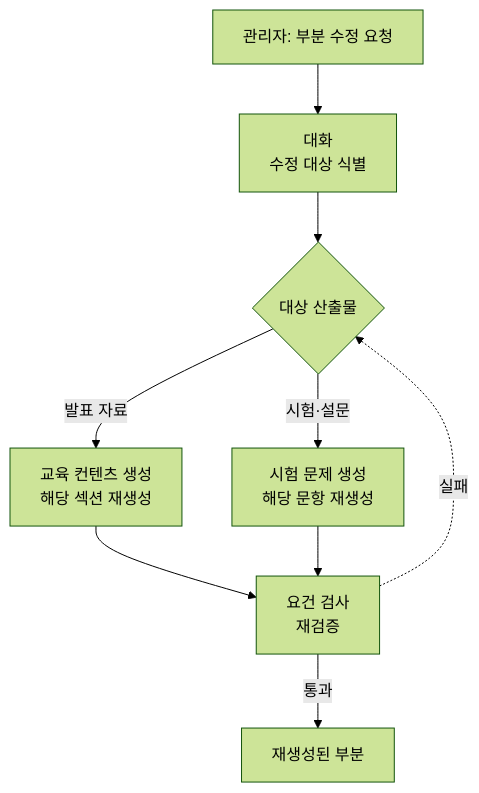
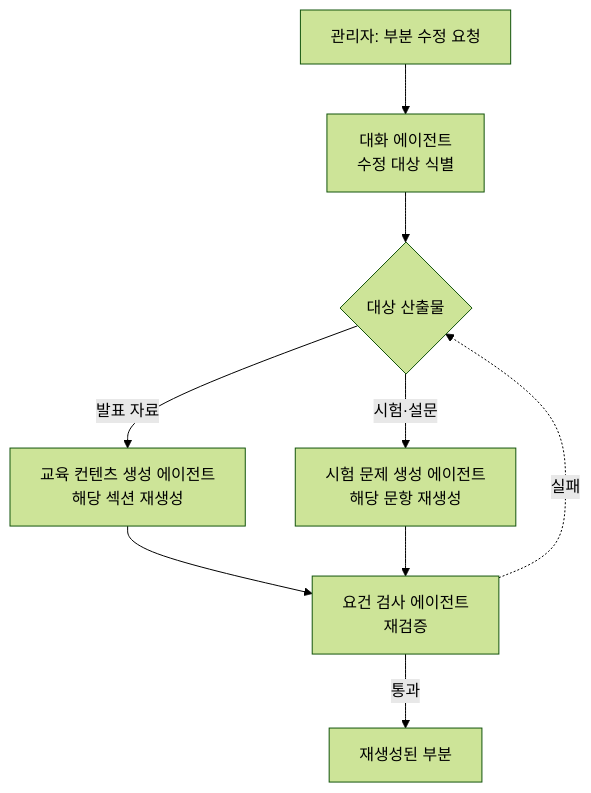
Before and after one commit to Doc-AI-Agent-development/Doc-AI-Agent-development.github.io: the diagram in docs/scenarios/revision.md, drawn with Mermaid (forest theme). The commit also changed 4 other files, not shown here.

First line of the commit message:
Clarify annual plan diagram and name agents in scenario flows

````diff
--- a/docs/scenarios/revision.md
+++ b/docs/scenarios/revision.md
@@ -26,11 +26,11 @@
 ```mermaid
 flowchart TD
-    REQ["관리자: 부분 수정 요청"] --> ID["대화<br/>수정 대상 식별"]
+    REQ["관리자: 부분 수정 요청"] --> ID["대화 에이전트<br/>수정 대상 식별"]
     ID --> WHICH{"대상 산출물"}
-    WHICH -->|"발표 자료"| GEN["교육 컨텐츠 생성<br/>해당 섹션 재생성"]
-    WHICH -->|"시험·설문"| EXAM["시험 문제 생성<br/>해당 문항 재생성"]
-    GEN --> CHK["요건 검사<br/>재검증"]
+    WHICH -->|"발표 자료"| GEN["교육 컨텐츠 생성 에이전트<br/>해당 섹션 재생성"]
+    WHICH -->|"시험·설문"| EXAM["시험 문제 생성 에이전트<br/>해당 문항 재생성"]
+    GEN --> CHK["요건 검사 에이전트<br/>재검증"]
     EXAM --> CHK
     CHK -->|"통과"| DONE["재생성된 부분"]
     CHK -.->|"실패"| WHICH
 ```
````
